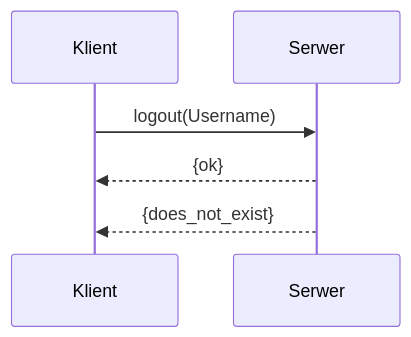
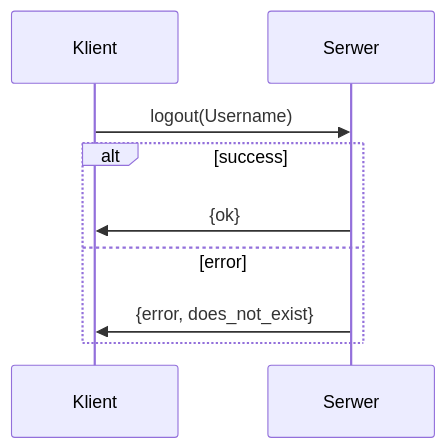
The second of 2 diagrams in doc/protocol.md (ZbiStr/communicator), drawn with Mermaid before and after one commit. The commit also changed other lines of this file, not shown here.

````diff
--- a/doc/protocol.md
+++ b/doc/protocol.md
@@ -26,6 +29,9 @@
 ```mermaid
 sequenceDiagram
 Klient ->> Serwer: logout(Username)
-Serwer -->> Klient: {ok}
-Serwer -->> Klient: {does_not_exist}
+alt success
+Serwer ->> Klient: {ok}
+else error
+Serwer ->> Klient: {error, does_not_exist}
+end
 ```
````
